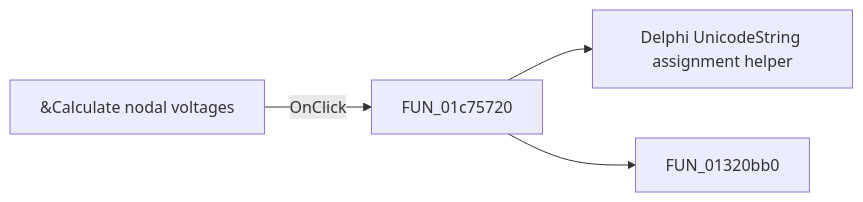
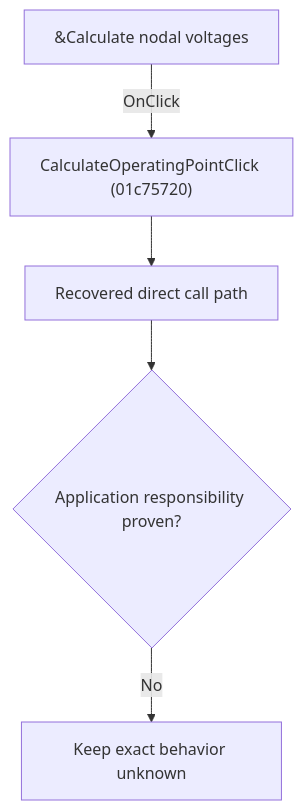
The diagram in docs/ui-controls/schematiceditor/calculateoperatingpoint-e1c20d9540.md (MovGP0/TIARA), drawn with Mermaid before and after one commit. The commit also changed other lines of this file and 1062 other files, not shown here.

````diff
--- a/docs/ui-controls/schematiceditor/calculateoperatingpoint-e1c20d9540.md
+++ b/docs/ui-controls/schematiceditor/calculateoperatingpoint-e1c20d9540.md
@@ -27,6 +27,7 @@
 ```mermaid
-flowchart LR
-    control["&Calculate nodal voltages"] -->|OnClick| handler["FUN_01c75720"]
-    handler --> call1["Delphi UnicodeString assignment helper"]
-    handler --> call2["FUN_01320bb0"]
+flowchart TD
+    control["&Calculate nodal voltages"] -->|"OnClick"| handler["CalculateOperatingPointClick (01c75720)"]
+    handler --> recovered["Recovered direct call path"]
+    recovered --> gap{"Application responsibility proven?"}
+    gap -->|"No"| blocked["Keep exact behavior unknown"]
 ```
````
